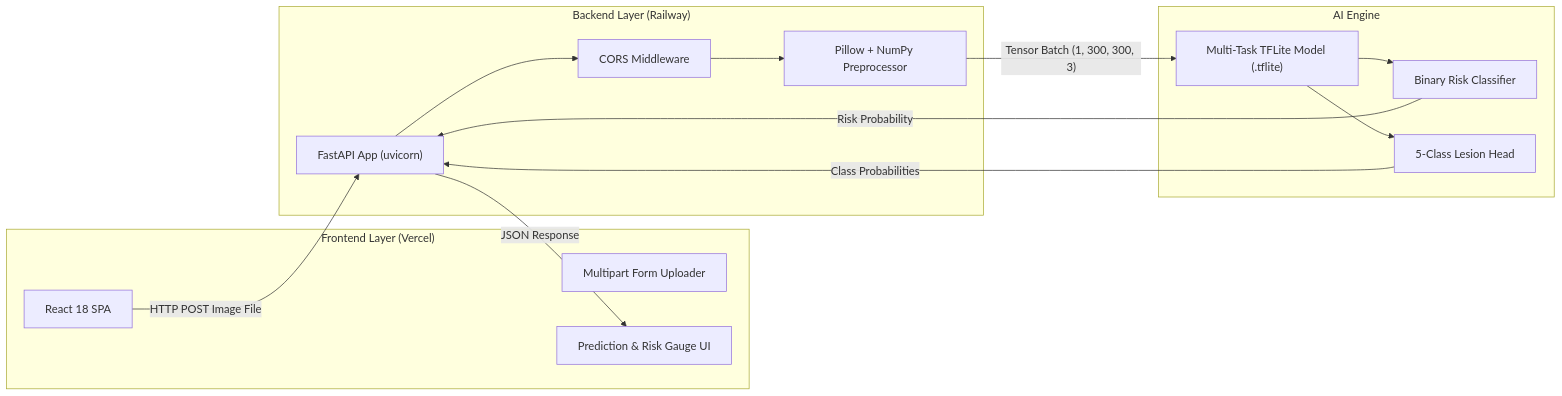
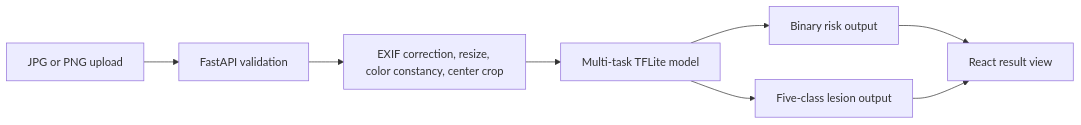
The diagram in README.md (RaihanHadriansyah21/DermaScan_Project), drawn with Mermaid before and after one commit. The commit also changed other lines of this file and 2 other files, not shown here.

````diff
--- a/README.md
+++ b/README.md
@@ -81,30 +25,10 @@
 ```mermaid
-graph LR
-    subgraph Client["Frontend Layer (Vercel)"]
-        UI["React 18 SPA"]
-        Form["Multipart Form Uploader"]
-        Display["Prediction & Risk Gauge UI"]
-    end
-
-    subgraph Server["Backend Layer (Railway)"]
-        API["FastAPI App (uvicorn)"]
-        CORS["CORS Middleware"]
-        Preprocess["Pillow + NumPy Preprocessor"]
-    end
-
-    subgraph ModelLayer["AI Engine"]
-        KerasModel["Multi-Task TFLite Model (.tflite)"]
-        RiskHead["Binary Risk Classifier"]
-        LesionHead["5-Class Lesion Head"]
-    end
-
-    UI -->|"HTTP POST Image File"| API
-    API --> CORS
-    CORS --> Preprocess
-    Preprocess -->|"Tensor Batch (1, 300, 300, 3)"| KerasModel
-    KerasModel --> RiskHead
-    KerasModel --> LesionHead
-    RiskHead -->|"Risk Probability"| API
-    LesionHead -->|"Class Probabilities"| API
-    API -->|"JSON Response"| Display
+flowchart LR
+    Upload["JPG or PNG upload"] --> API["FastAPI validation"]
+    API --> Prep["EXIF correction, resize, color constancy, center crop"]
+    Prep --> Model["Multi-task TFLite model"]
+    Model --> Risk["Binary risk output"]
+    Model --> Lesion["Five-class lesion output"]
+    Risk --> UI["React result view"]
+    Lesion --> UI
 ```
````
